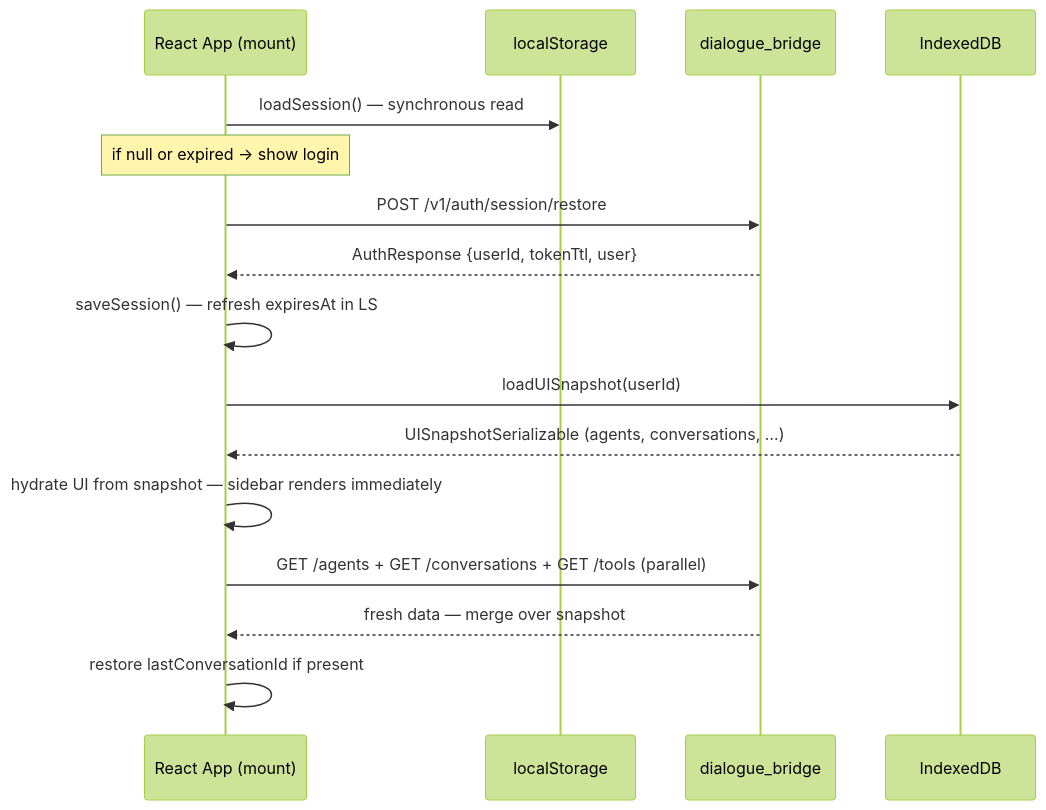
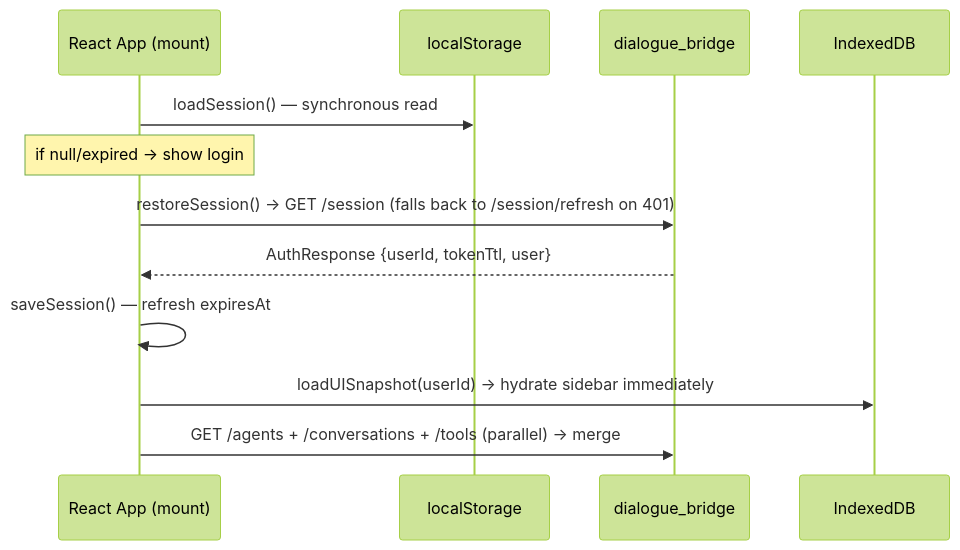
The fifth of 5 diagrams in docs/flows/authentication-and-session.md (konstantinosmpouros/mAgenticX), drawn with Mermaid (forest theme) before and after one commit. The commit also changed other lines of this file and 29 other files, not shown here.

````diff
--- a/docs/flows/authentication-and-session.md
+++ b/docs/flows/authentication-and-session.md
@@ -275,19 +226,15 @@
 ```mermaid
 sequenceDiagram
     participant App as React App (mount)
     participant LS as localStorage
     participant API as dialogue_bridge
     participant IDB as IndexedDB
 
     App->>LS: loadSession() — synchronous read
-    note over App: if null or expired → show login
-    App->>API: POST /v1/auth/session/restore
+    note over App: if null/expired → show login
+    App->>API: restoreSession() → GET /session (falls back to /session/refresh on 401)
     API-->>App: AuthResponse {userId, tokenTtl, user}
-    App->>App: saveSession() — refresh expiresAt in LS
-    App->>IDB: loadUISnapshot(userId)
-    IDB-->>App: UISnapshotSerializable (agents, conversations, …)
-    App->>App: hydrate UI from snapshot — sidebar renders immediately
-    App->>API: GET /agents + GET /conversations + GET /tools (parallel)
-    API-->>App: fresh data — merge over snapshot
-    App->>App: restore lastConversationId if present
+    App->>App: saveSession() — refresh expiresAt
+    App->>IDB: loadUISnapshot(userId) → hydrate sidebar immediately
+    App->>API: GET /agents + /conversations + /tools (parallel) → merge
 ```
````
